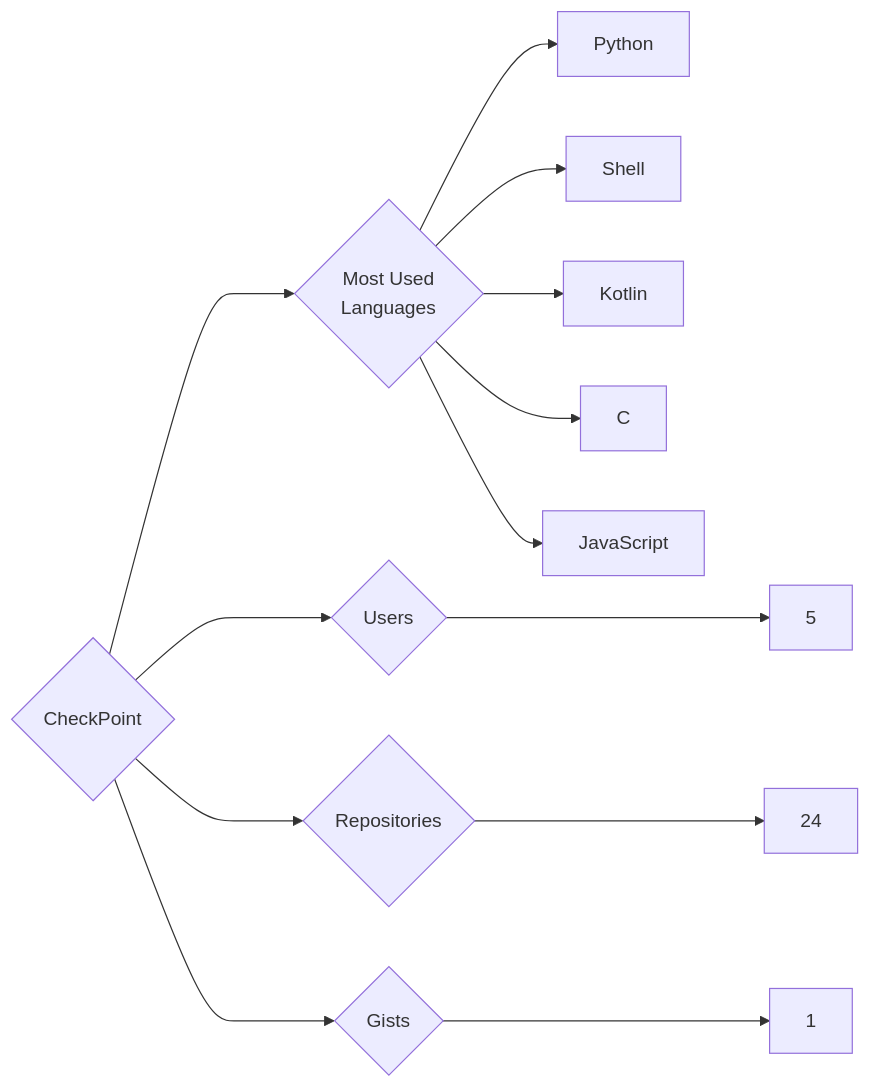
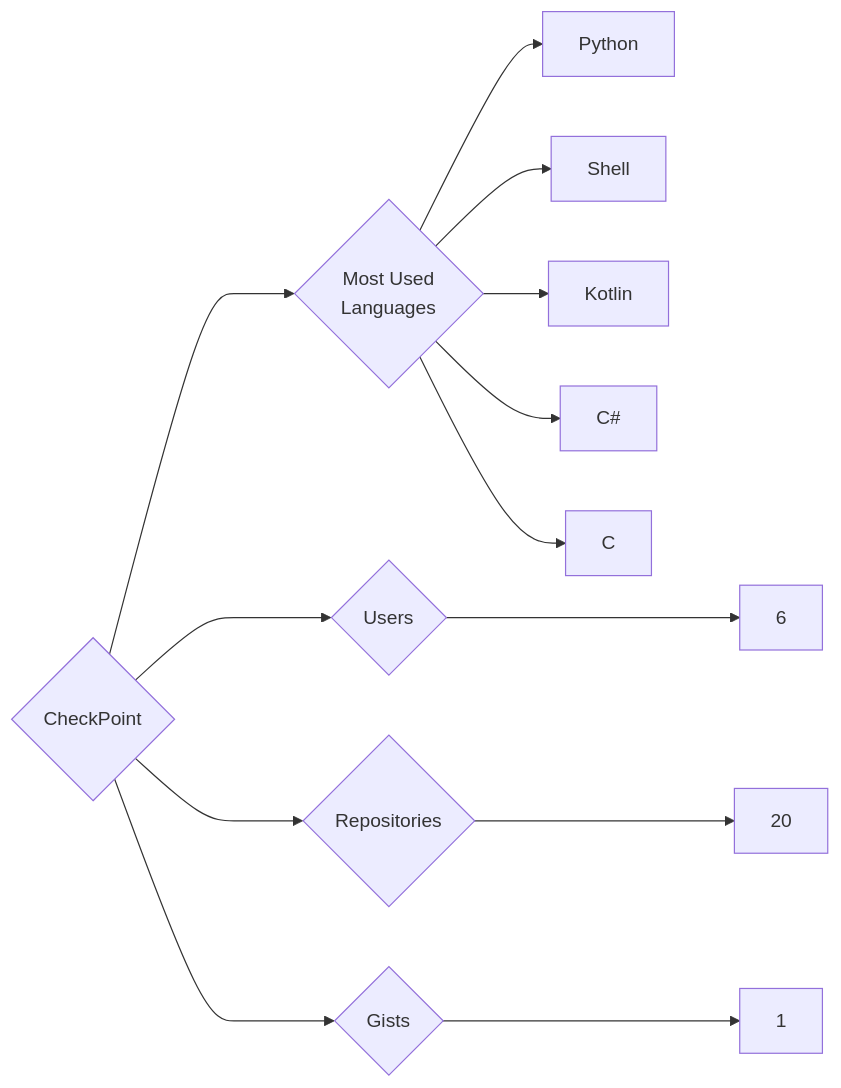
Before and after one commit to trickest/insiders: the diagram in targets/CheckPoint/README.md, drawn with Mermaid. The commit also changed 783 other files, not shown here.

````diff
--- a/targets/CheckPoint/README.md
+++ b/targets/CheckPoint/README.md
@@ -3,13 +3,13 @@
 ```mermaid
 graph LR
 COMPANY_NAME{CheckPoint}
-COMPANY_NAME ---> U{Users} ---> UN[5]
-COMPANY_NAME ---> R{Repositories} ---> RN[24]
+COMPANY_NAME ---> U{Users} ---> UN[6]
+COMPANY_NAME ---> R{Repositories} ---> RN[20]
 COMPANY_NAME ---> G{Gists} ---> GN[1]
 COMPANY_NAME ---> ML{Most Used<br>Languages}
 ML --> Python[Python]
 ML --> Shell[Shell]
 ML --> Kotlin[Kotlin]
+ML --> C#[C#]
 ML --> C[C]
-ML --> JavaScript[JavaScript]
 ```
````
